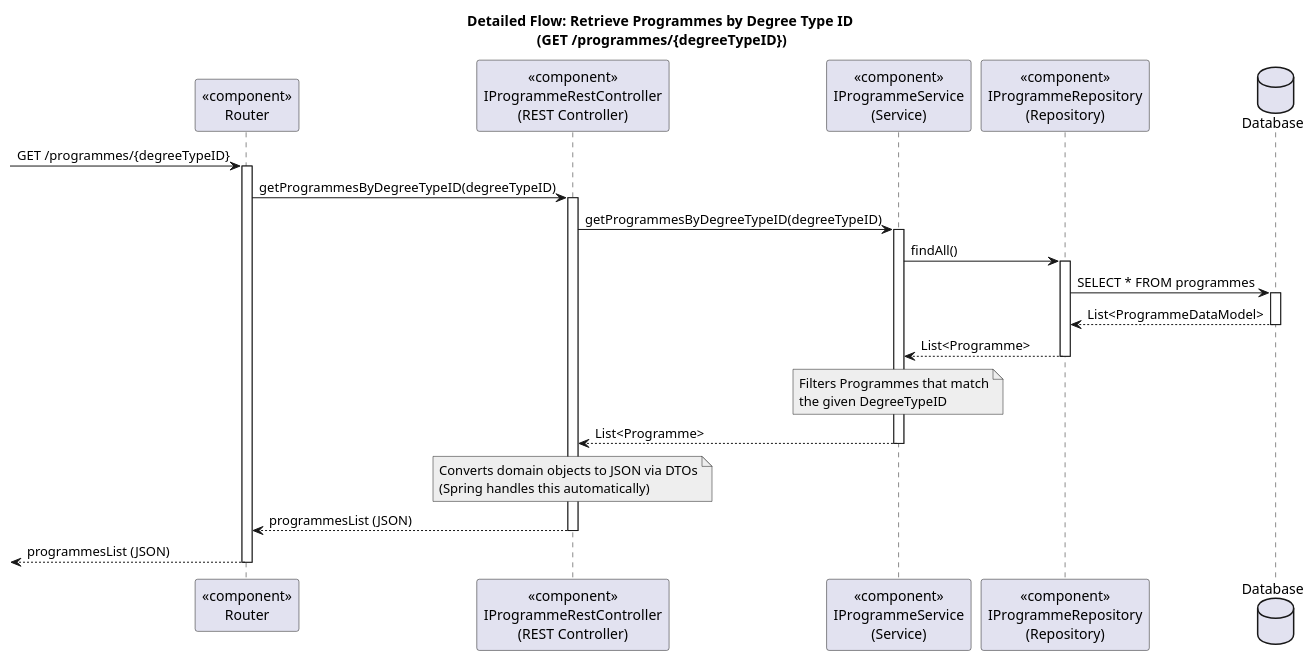
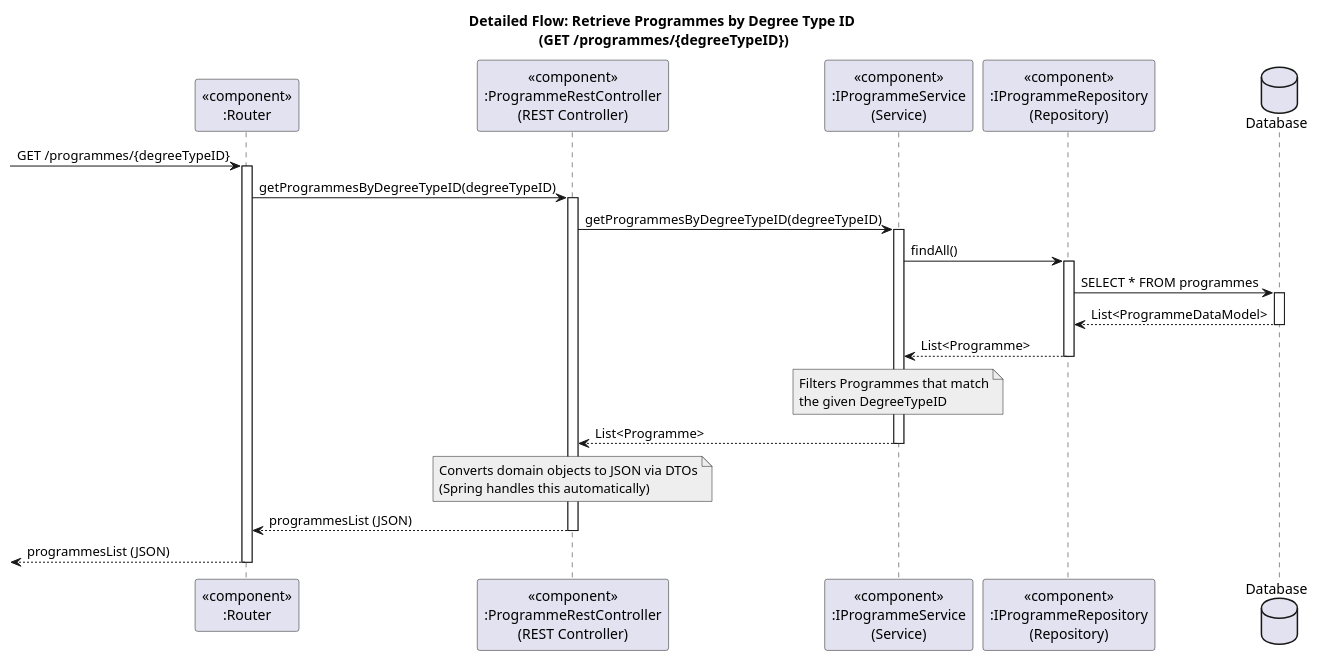
Before and after one commit to GasparISEP/DevOps-PAI: the diagram in docs/US19/Sprint6_RestAPI/ProcessView/references/Reference2_ListOfProgrammes.puml, drawn with PlantUML. The commit also changed 3 other files, not shown here.

Commit message:
[docs] Small fix: Rename incorrect components in all detailed flow diagrams for createCourseEdition (Level 3 Process View) (Refs: #536, #549)

```diff
--- a/docs/US19/Sprint6_RestAPI/ProcessView/references/Reference2_ListOfProgrammes.puml
+++ b/docs/US19/Sprint6_RestAPI/ProcessView/references/Reference2_ListOfProgrammes.puml
@@ -1,50 +1,50 @@
 @startuml
 title Detailed Flow: Retrieve Programmes by Degree Type ID \n(GET /programmes/{degreeTypeID})
 
-participant "<<component>>\nRouter" as Router
-participant "<<component>>\nIProgrammeRestController\n(REST Controller)" as Controller
-participant "<<component>>\nIProgrammeService\n(Service)" as Service
-participant "<<component>>\nIProgrammeRepository\n(Repository)" as Repository
+participant "<<component>>\n:Router" as Router
+participant "<<component>>\n:ProgrammeRestController\n(REST Controller)" as Controller
+participant "<<component>>\n:IProgrammeService\n(Service)" as Service
+participant "<<component>>\n:IProgrammeRepository\n(Repository)" as Repository
 database "Database" as DB
 
 -> Router: GET /programmes/{degreeTypeID}
 activate Router
 
 Router -> Controller: getProgrammesByDegreeTypeID(degreeTypeID)
 activate Controller
 
 Controller -> Service: getProgrammesByDegreeTypeID(degreeTypeID)
 activate Service
 
 Service -> Repository: findAll()
 activate Repository
 
 Repository -> DB: SELECT * FROM programmes
 activate DB
 
 DB --> Repository: List<ProgrammeDataModel>
 deactivate DB
 
 Repository --> Service: List<Programme>
 deactivate Repository
 
 note over Service #EEEEEE
 Filters Programmes that match
 the given DegreeTypeID
 end note
 
 Service --> Controller: List<Programme>
 deactivate Service
 
 note over Controller #EEEEEE
 Converts domain objects to JSON via DTOs
 (Spring handles this automatically)
 end note
 
 Controller --> Router: programmesList (JSON)
 deactivate Controller
 
 <-- Router: programmesList (JSON)
 deactivate Router
 
 @enduml
```
